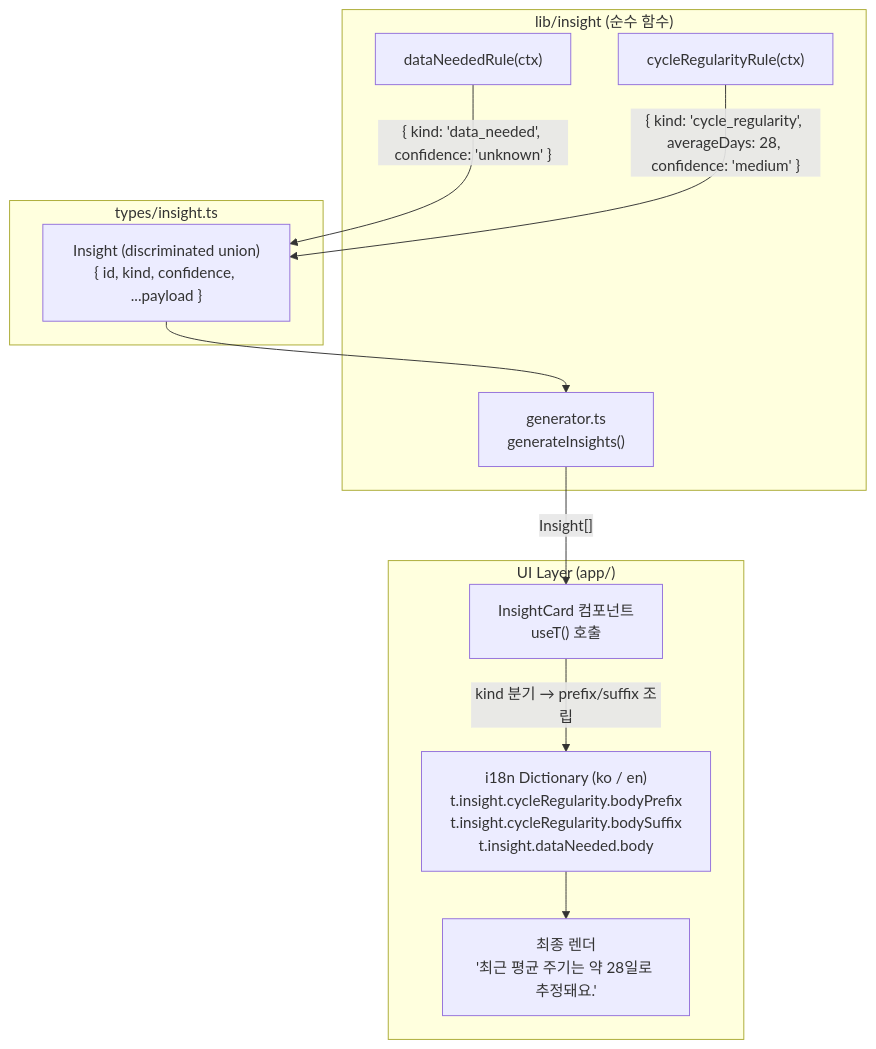
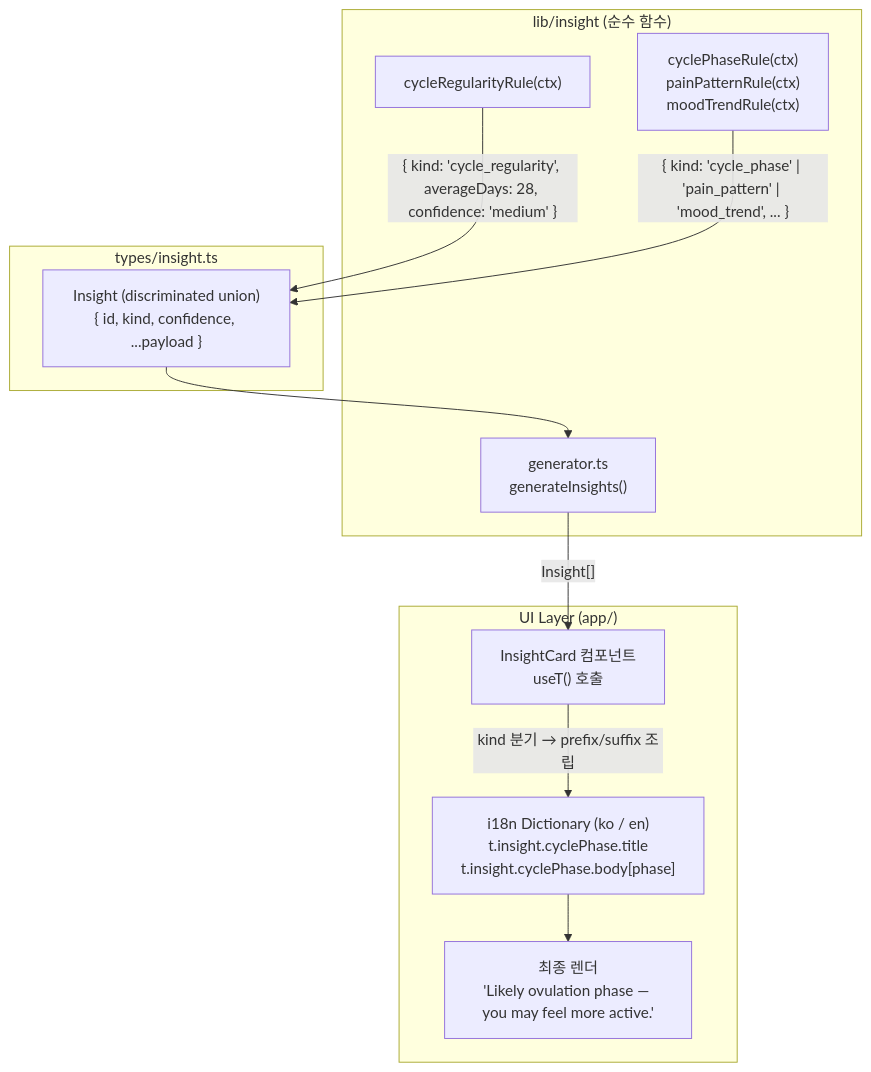
Before and after one commit to soojjung/dwee-wellness-tracker: the first of 2 diagrams in docs/architecture/insight-flow.md, drawn with Mermaid. The commit also changed other lines of this file and 169 other files, not shown here.

````diff
--- a/docs/architecture/insight-flow.md
+++ b/docs/architecture/insight-flow.md
@@ -8,25 +10,25 @@
 ```mermaid
 flowchart TD
     subgraph domain["lib/insight (순수 함수)"]
-        R1["dataNeededRule(ctx)"]
-        R2["cycleRegularityRule(ctx)"]
+        R1["cycleRegularityRule(ctx)"]
+        R2["cyclePhaseRule(ctx)\npainPatternRule(ctx)\nmoodTrendRule(ctx)"]
         GEN["generator.ts<br/>generateInsights()"]
     end
 
     subgraph types["types/insight.ts"]
         IR["Insight (discriminated union)<br/>{ id, kind, confidence, ...payload }"]
     end
 
     subgraph ui["UI Layer (app/)"]
         IC["InsightCard 컴포넌트<br/>useT() 호출"]
-        T["i18n Dictionary (ko / en)<br/>t.insight.cycleRegularity.bodyPrefix<br/>t.insight.cycleRegularity.bodySuffix<br/>t.insight.dataNeeded.body"]
-        OUT["최종 렌더<br/>'최근 평균 주기는 약 28일로 추정돼요.'"]
+        T["i18n Dictionary (ko / en)<br/>t.insight.cyclePhase.title<br/>t.insight.cyclePhase.body[phase]"]
+        OUT["최종 렌더<br/>'Likely ovulation phase — you may feel more active.'"]
     end
 
-    R1 -->|"{ kind: 'data_needed', confidence: 'unknown' }"| IR
-    R2 -->|"{ kind: 'cycle_regularity', averageDays: 28, confidence: 'medium' }"| IR
+    R1 -->|"{ kind: 'cycle_regularity', averageDays: 28, confidence: 'medium' }"| IR
+    R2 -->|"{ kind: 'cycle_phase' | 'pain_pattern' | 'mood_trend', ... }"| IR
     IR --> GEN
     GEN -->|"Insight[]"| IC
     IC -->|"kind 분기 → prefix/suffix 조립"| T
     T --> OUT
 ```
````
